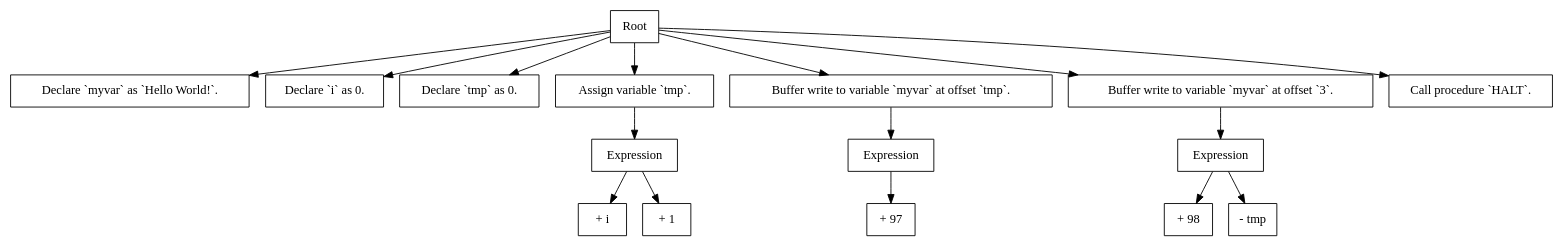
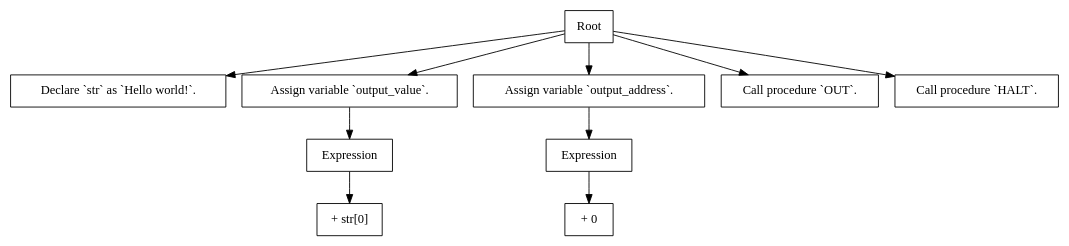
Before and after one commit to featherfeet/oliver-risc: the diagram in toolchain/build/graph_temp.dot, drawn with Graphviz. The commit also changed 27 other files, not shown here.

```diff
--- a/toolchain/build/graph_temp.dot
+++ b/toolchain/build/graph_temp.dot
@@ -1,33 +1,21 @@
 digraph ast {
     "0" [label="Root", shape=box];
-    "0_0" [label="Declare `myvar` as `Hello World!`.", shape=box];
+    "0_0" [label="Declare `str` as `Hello world!`.", shape=box];
     "0" -> "0_0";
-    "0_1" [label="Declare `i` as 0.", shape=box];
+    "0_1" [label="Assign variable `output_value`.", shape=box];
+    "0_1_0" [label="Expression", shape=box];
+    "0_1_0_0" [label="+ str[0]", shape=box];
+    "0_1_0" -> "0_1_0_0";
+    "0_1" -> "0_1_0";
     "0" -> "0_1";
-    "0_2" [label="Declare `tmp` as 0.", shape=box];
+    "0_2" [label="Assign variable `output_address`.", shape=box];
+    "0_2_0" [label="Expression", shape=box];
+    "0_2_0_0" [label="+ 0", shape=box];
+    "0_2_0" -> "0_2_0_0";
+    "0_2" -> "0_2_0";
     "0" -> "0_2";
-    "0_3" [label="Assign variable `tmp`.", shape=box];
-    "0_3_0" [label="Expression", shape=box];
-    "0_3_0_0" [label="+ i", shape=box];
-    "0_3_0" -> "0_3_0_0";
-    "0_3_0_1" [label="+ 1", shape=box];
-    "0_3_0" -> "0_3_0_1";
-    "0_3" -> "0_3_0";
+    "0_3" [label="Call procedure `OUT`.", shape=box];
     "0" -> "0_3";
-    "0_4" [label="Buffer write to variable `myvar` at offset `tmp`.", shape=box];
-    "0_4_0" [label="Expression", shape=box];
-    "0_4_0_0" [label="+ 97", shape=box];
-    "0_4_0" -> "0_4_0_0";
-    "0_4" -> "0_4_0";
+    "0_4" [label="Call procedure `HALT`.", shape=box];
     "0" -> "0_4";
-    "0_5" [label="Buffer write to variable `myvar` at offset `3`.", shape=box];
-    "0_5_0" [label="Expression", shape=box];
-    "0_5_0_0" [label="+ 98", shape=box];
-    "0_5_0" -> "0_5_0_0";
-    "0_5_0_1" [label="- tmp", shape=box];
-    "0_5_0" -> "0_5_0_1";
-    "0_5" -> "0_5_0";
-    "0" -> "0_5";
-    "0_6" [label="Call procedure `HALT`.", shape=box];
-    "0" -> "0_6";
 }
```
